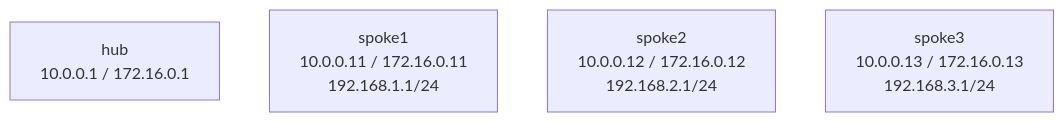
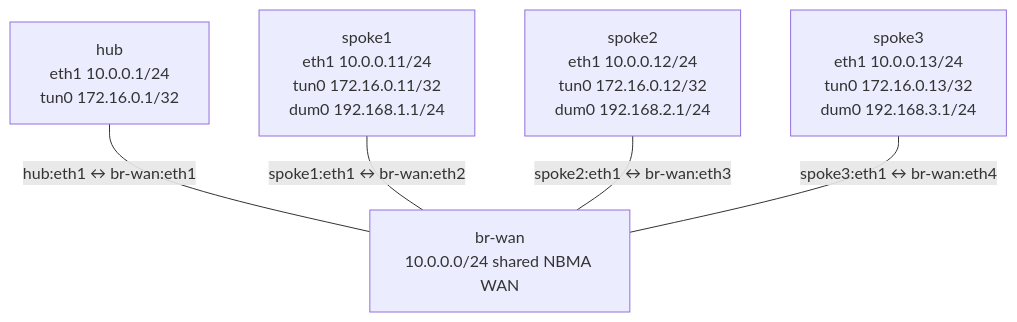
Before and after one commit to jschless/networkingLabs: the diagram in labs/debug-dmvpn-phase1/README.md, drawn with Mermaid. The commit also changed other lines of this file and 281 other files, not shown here.

````diff
--- a/labs/debug-dmvpn-phase1/README.md
+++ b/labs/debug-dmvpn-phase1/README.md
@@ -22,7 +14,12 @@
 ```mermaid
 flowchart TB
-    hub["hub<br/>10.0.0.1 / 172.16.0.1"]
-    spoke1["spoke1<br/>10.0.0.11 / 172.16.0.11<br/>192.168.1.1/24"]
-    spoke2["spoke2<br/>10.0.0.12 / 172.16.0.12<br/>192.168.2.1/24"]
-    spoke3["spoke3<br/>10.0.0.13 / 172.16.0.13<br/>192.168.3.1/24"]
+    wan["br-wan<br/>10.0.0.0/24 shared NBMA WAN"]
+    hub["hub<br/>eth1 10.0.0.1/24<br/>tun0 172.16.0.1/32"]
+    s1["spoke1<br/>eth1 10.0.0.11/24<br/>tun0 172.16.0.11/32<br/>dum0 192.168.1.1/24"]
+    s2["spoke2<br/>eth1 10.0.0.12/24<br/>tun0 172.16.0.12/32<br/>dum0 192.168.2.1/24"]
+    s3["spoke3<br/>eth1 10.0.0.13/24<br/>tun0 172.16.0.13/32<br/>dum0 192.168.3.1/24"]
+    hub ---|"hub:eth1 ↔ br-wan:eth1"| wan
+    s1 ---|"spoke1:eth1 ↔ br-wan:eth2"| wan
+    s2 ---|"spoke2:eth1 ↔ br-wan:eth3"| wan
+    s3 ---|"spoke3:eth1 ↔ br-wan:eth4"| wan
 ```
````
